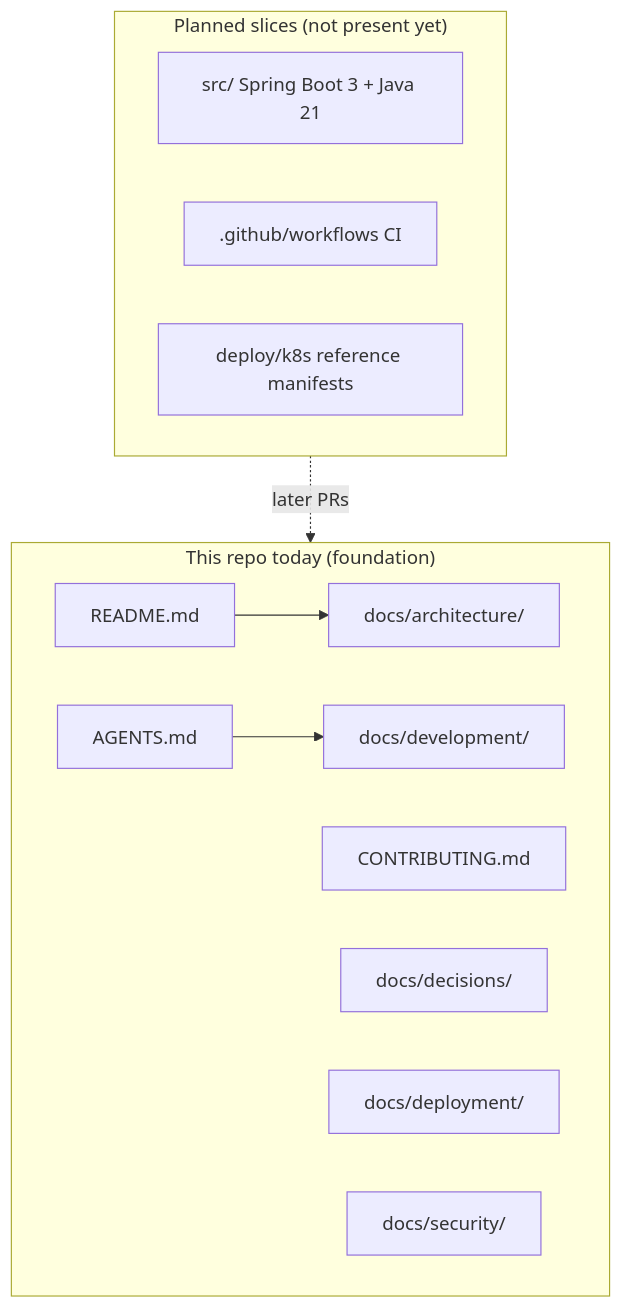
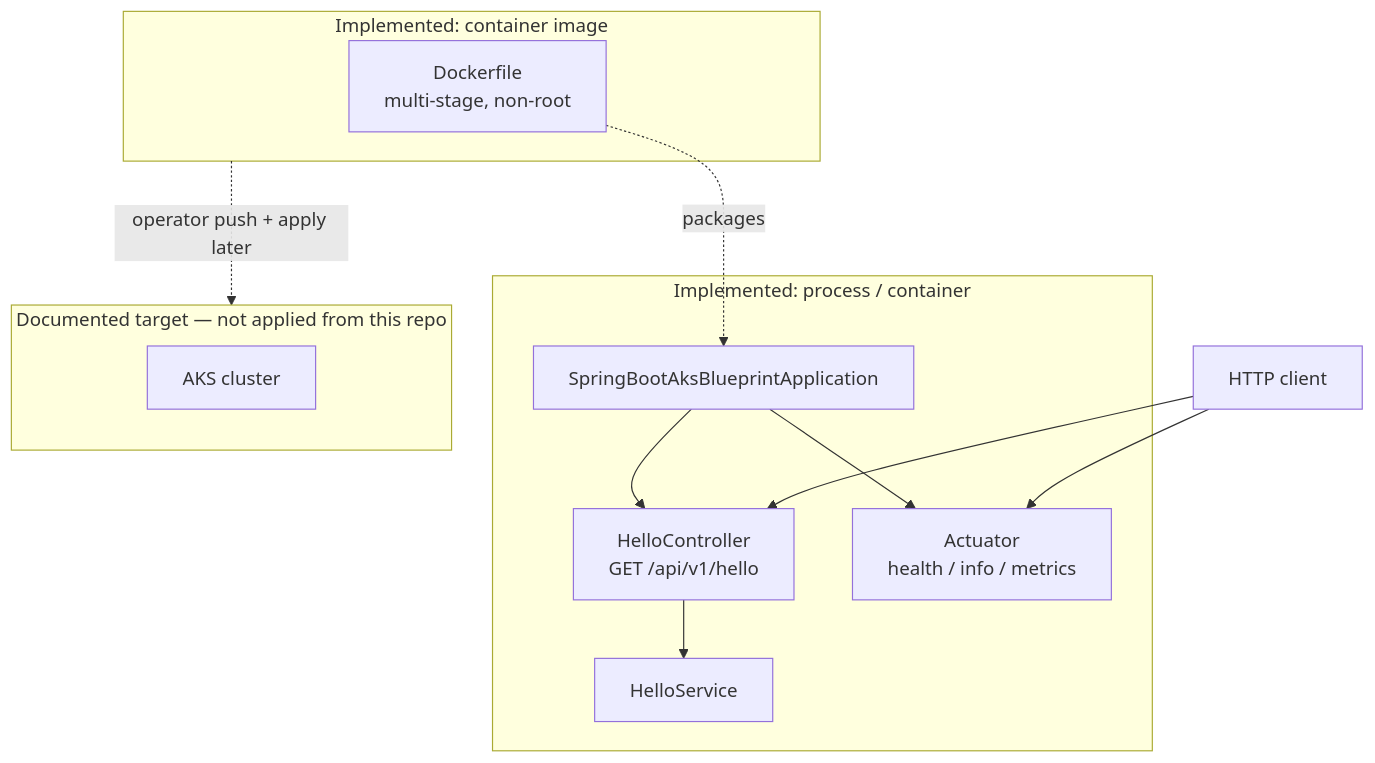
One commit to rmkr-dev/spring-boot-aks-blueprint changed the diagram in docs/architecture/architecture-diagram.md. Above: the diagram before and after it, drawn with Mermaid. The commit also changed other lines of this file and 5 other files, not shown here.

First line of the commit message:
docs: document local container run and Actuator endpoints

````diff
--- a/docs/architecture/architecture-diagram.md
+++ b/docs/architecture/architecture-diagram.md
@@ -7,23 +5,27 @@
 ```mermaid
 flowchart TB
-  subgraph docs_surfaces["This repo today (foundation)"]
-    README["README.md"]
-    AGENTS["AGENTS.md"]
-    Contrib["CONTRIBUTING.md"]
-    Arch["docs/architecture/"]
-    Dec["docs/decisions/"]
-    Dev["docs/development/"]
-    Deploy["docs/deployment/"]
-    Sec["docs/security/"]
+  subgraph local_or_container["Implemented: process / container"]
+    App["SpringBootAksBlueprintApplication"]
+    Ctrl["HelloController<br/>GET /api/v1/hello"]
+    Svc["HelloService"]
+    Act["Actuator<br/>health / info / metrics"]
+    App --> Ctrl
+    Ctrl --> Svc
+    App --> Act
   end
 
-  subgraph planned["Planned slices (not present yet)"]
-    App["src/ Spring Boot 3 + Java 21"]
-    CI[".github/workflows CI"]
-    K8s["deploy/k8s reference manifests"]
+  Client["HTTP client"] --> Ctrl
+  Client --> Act
+
+  subgraph image["Implemented: container image"]
+    Docker["Dockerfile<br/>multi-stage, non-root"]
   end
 
-  README --> Arch
-  AGENTS --> Dev
-  planned -.->|"later PRs"| docs_surfaces
+  Docker -.->|"packages"| App
+
+  subgraph aks_target["Documented target — not applied from this repo"]
+    AKS["AKS cluster"]
+  end
+
+  image -.->|"operator push + apply later"| aks_target
 ```
````
